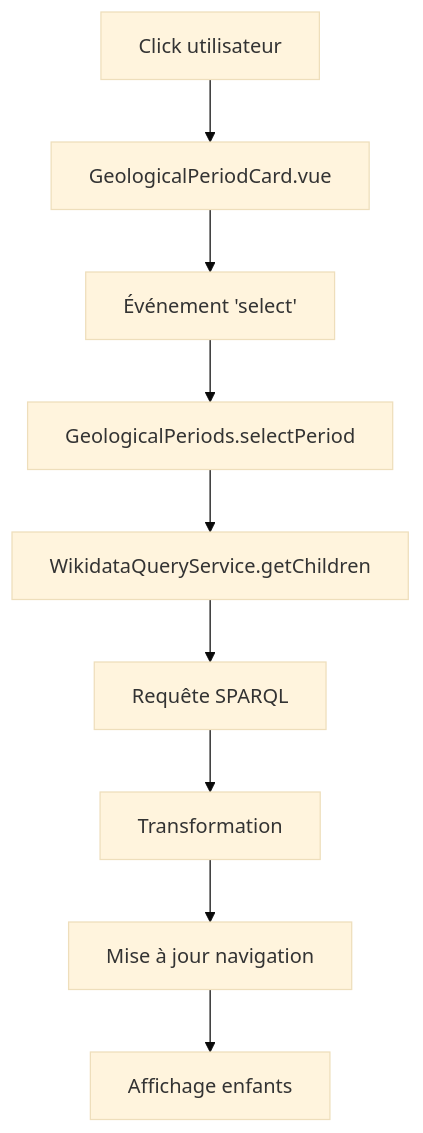
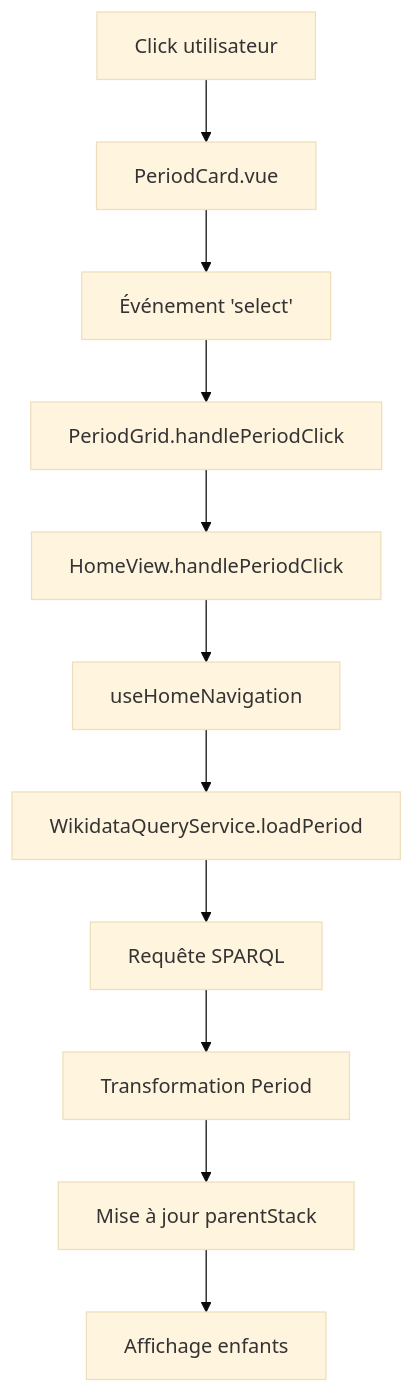
Before and after one commit to flobutbut/UniversalTimeline: the second of 9 diagrams in Documentation-flux-donnees.md, drawn with Mermaid (base theme). The commit also changed other lines of this file and 5 other files, not shown here.

First line of the commit message:
refactor: Documentation complète mise à jour et fidèle à la codebase

````diff
--- a/Documentation-flux-donnees.md
+++ b/Documentation-flux-donnees.md
@@ -32,11 +50,13 @@
 ```mermaid
 graph TD
-    A[Click utilisateur] --> B[GeologicalPeriodCard.vue]
+    A[Click utilisateur] --> B[PeriodCard.vue]
     B --> C[Événement 'select']
-    C --> D[GeologicalPeriods.selectPeriod]
-    D --> E[WikidataQueryService.getChildren]
-    E --> F[Requête SPARQL]
-    F --> G[Transformation]
-    G --> H[Mise à jour navigation]
-    H --> I[Affichage enfants]
+    C --> D[PeriodGrid.handlePeriodClick]
+    D --> E[HomeView.handlePeriodClick]
+    E --> F[useHomeNavigation]
+    F --> G[WikidataQueryService.loadPeriod]
+    G --> H[Requête SPARQL]
+    H --> I[Transformation Period]
+    I --> J[Mise à jour parentStack]
+    J --> K[Affichage enfants]
 ```
````
